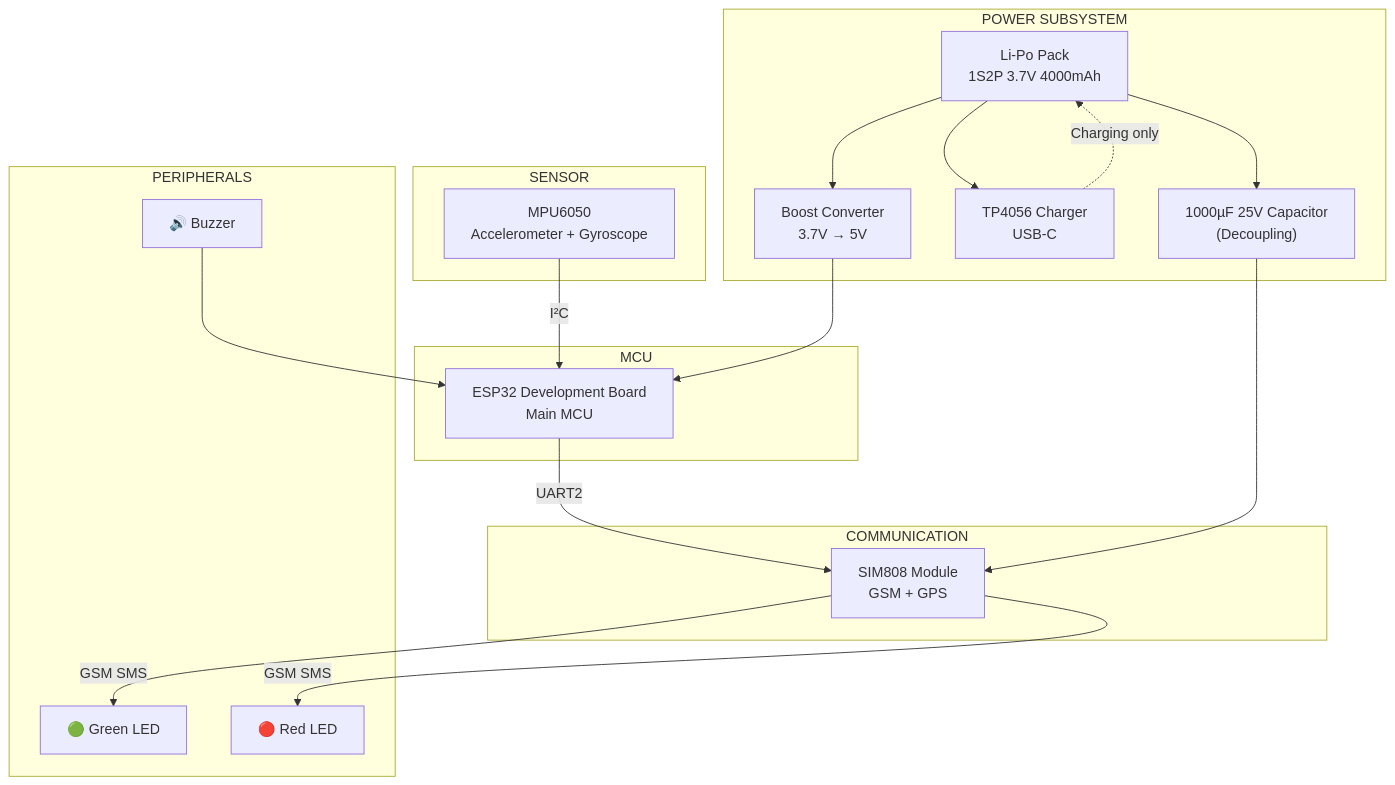
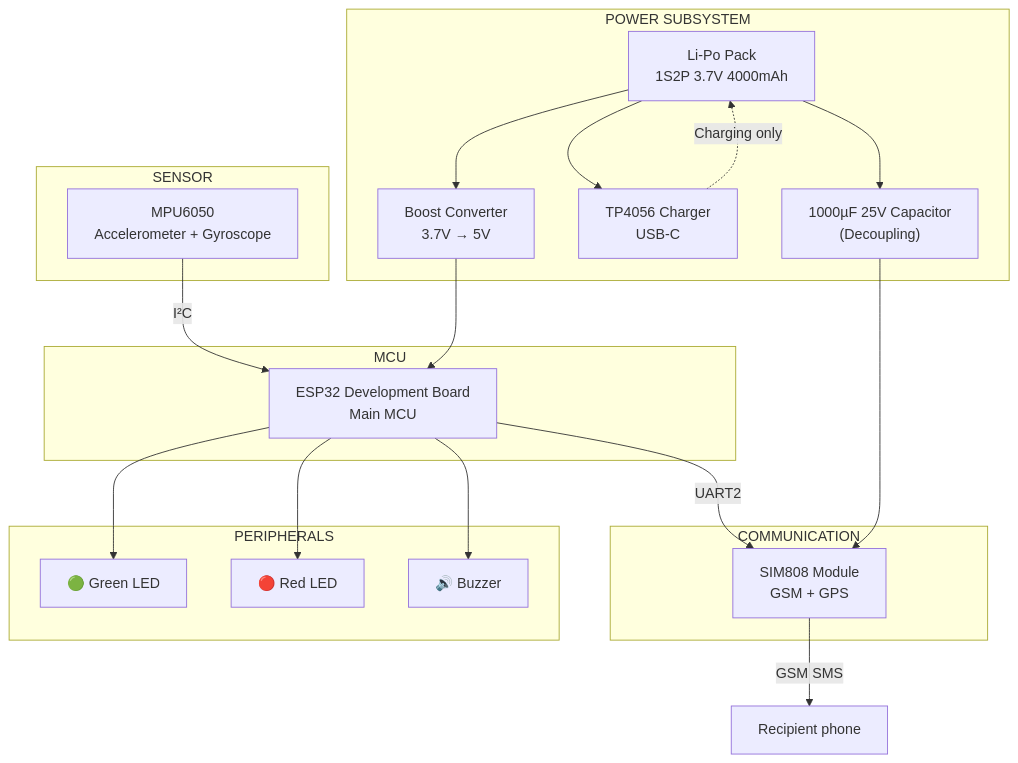
The first of 6 diagrams in docs/BLOCK-DIAGRAM.md (qppd/smart-vehicle-impact-detection-device), drawn with Mermaid before and after one commit. The commit also changed other lines of this file and 10 other files, not shown here.

````diff
--- a/docs/BLOCK-DIAGRAM.md
+++ b/docs/BLOCK-DIAGRAM.md
@@ -8,39 +8,40 @@
 ```mermaid
 graph TB
     subgraph SENSOR["SENSOR"]
         MPU6050["MPU6050<br/>Accelerometer + Gyroscope"]
     end
 
     subgraph MCU["MCU"]
         ESP32["ESP32 Development Board<br/>Main MCU"]
     end
 
     subgraph COMM["COMMUNICATION"]
         SIM808["SIM808 Module<br/>GSM + GPS"]
     end
 
     subgraph PERIPH["PERIPHERALS"]
         GREEN["🟢 Green LED"]
         RED["🔴 Red LED"]
         BUZZ["🔊 Buzzer"]
     end
 
     subgraph POWER["POWER SUBSYSTEM"]
         BAT["Li-Po Pack<br/>1S2P 3.7V 4000mAh"]
         BOOST["Boost Converter<br/>3.7V → 5V"]
         TP4056["TP4056 Charger<br/>USB-C"]
         CAP["1000µF 25V Capacitor<br/>(Decoupling)"]
     end
 
     MPU6050 -- "I²C" --> ESP32
     ESP32 -- "UART2" --> SIM808
-    SIM808 -- "GSM SMS" --> GREEN
-    SIM808 -- "GSM SMS" --> RED
-    BUZZ --> ESP32
+    SIM808 -- "GSM SMS" --> PHONE["Recipient phone"]
+    ESP32 --> GREEN
+    ESP32 --> RED
+    ESP32 --> BUZZ
     BAT --> BOOST
     BAT --> TP4056
     BAT --> CAP
     CAP --> SIM808
     BOOST --> ESP32
     TP4056 -. "Charging only" .-> BAT
 ```
````
